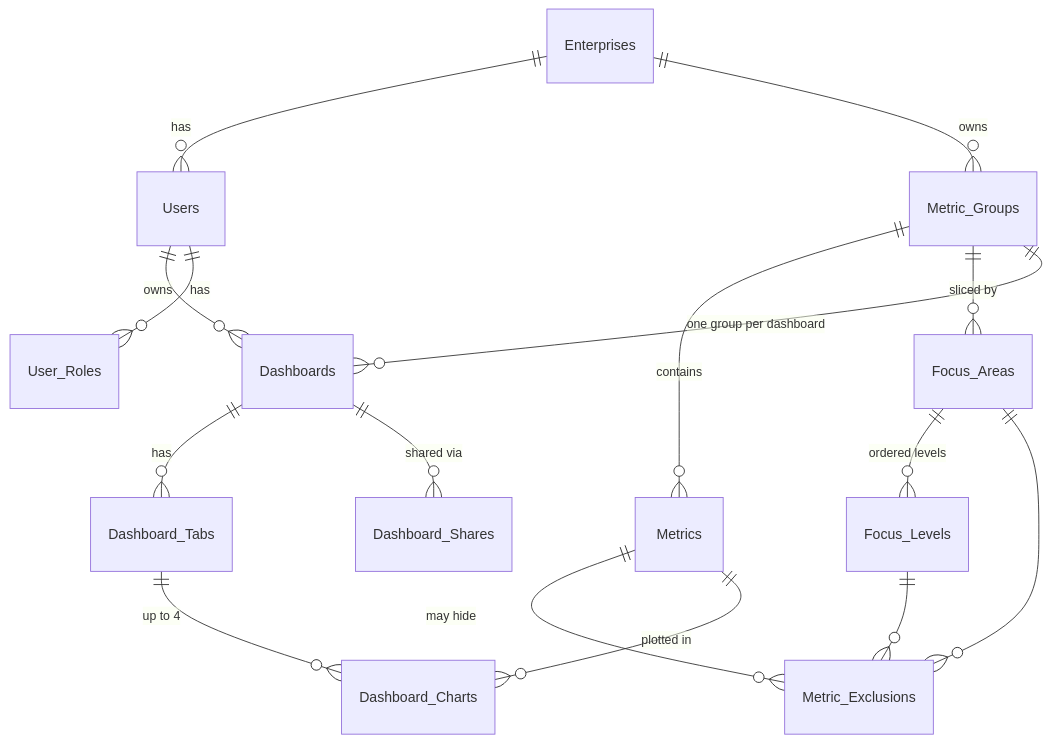
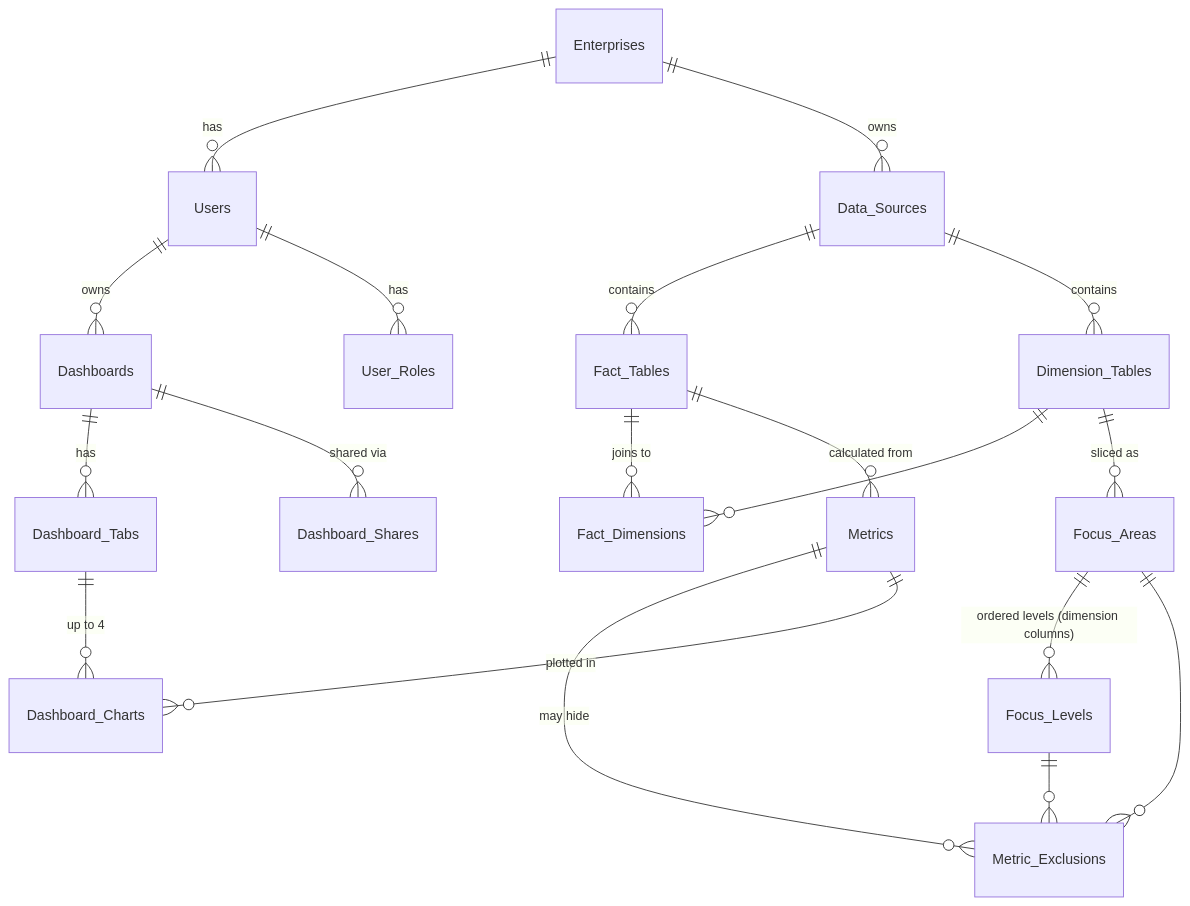
Before and after one commit to mjshoemake/prism: the third of 4 diagrams in REST/docs/OVERVIEW.md, drawn with Mermaid. The commit also changed other lines of this file and 36 other files, not shown here.

````diff
--- a/REST/docs/OVERVIEW.md
+++ b/REST/docs/OVERVIEW.md
@@ -163,18 +180,21 @@
 ```mermaid
 erDiagram
     Enterprises ||--o{ Users : has
-    Enterprises ||--o{ Metric_Groups : owns
-    Metric_Groups ||--o{ Metrics : contains
-    Metric_Groups ||--o{ Focus_Areas : "sliced by"
-    Focus_Areas ||--o{ Focus_Levels : "ordered levels"
+    Enterprises ||--o{ Data_Sources : owns
+    Data_Sources ||--o{ Fact_Tables : contains
+    Data_Sources ||--o{ Dimension_Tables : contains
+    Fact_Tables ||--o{ Fact_Dimensions : "joins to"
+    Dimension_Tables ||--o{ Fact_Dimensions : ""
+    Fact_Tables ||--o{ Metrics : "calculated from"
+    Dimension_Tables ||--o{ Focus_Areas : "sliced as"
+    Focus_Areas ||--o{ Focus_Levels : "ordered levels (dimension columns)"
     Metrics ||--o{ Metric_Exclusions : "may hide"
     Focus_Areas ||--o{ Metric_Exclusions : ""
     Focus_Levels ||--o{ Metric_Exclusions : ""
     Users ||--o{ Dashboards : owns
-    Metric_Groups ||--o{ Dashboards : "one group per dashboard"
     Dashboards ||--o{ Dashboard_Tabs : has
     Dashboard_Tabs ||--o{ Dashboard_Charts : "up to 4"
     Metrics ||--o{ Dashboard_Charts : "plotted in"
     Dashboards ||--o{ Dashboard_Shares : "shared via"
     Users ||--o{ User_Roles : has
 ```
````
